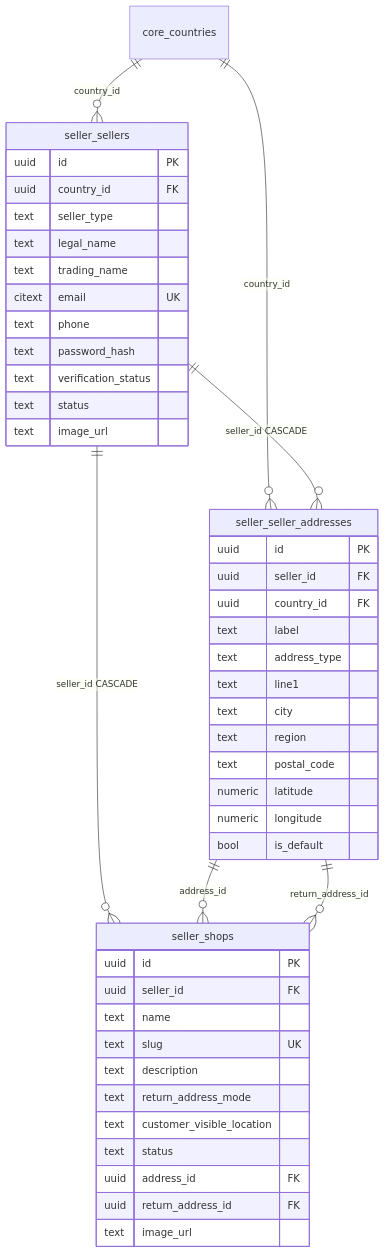
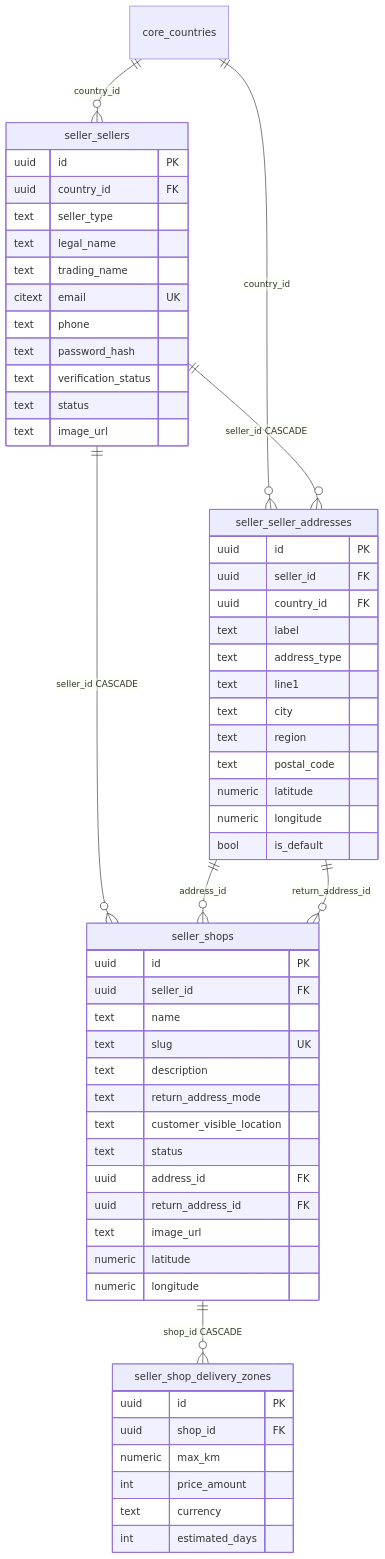
Before and after one commit to softdevglobal/send-agift-backend: the sixth of 12 diagrams in DATABASE_SCHEMA.md, drawn with Mermaid. The commit also changed other lines of this file and 25 other files, not shown here.

Commit message:
Update seller delivery and shipping flow

````diff
--- a/DATABASE_SCHEMA.md
+++ b/DATABASE_SCHEMA.md
@@ -453,50 +466,61 @@
 ```mermaid
 erDiagram
     core_countries ||--o{ seller_sellers : country_id
     core_countries ||--o{ seller_seller_addresses : country_id
     seller_sellers ||--o{ seller_seller_addresses : "seller_id CASCADE"
     seller_sellers ||--o{ seller_shops : "seller_id CASCADE"
     seller_seller_addresses ||--o{ seller_shops : address_id
     seller_seller_addresses ||--o{ seller_shops : return_address_id
+    seller_shops ||--o{ seller_shop_delivery_zones : "shop_id CASCADE"
 
     seller_sellers {
         uuid id PK
         uuid country_id FK
         text seller_type
         text legal_name
         text trading_name
         citext email UK
         text phone
         text password_hash
         text verification_status
         text status
         text image_url
     }
     seller_seller_addresses {
         uuid id PK
         uuid seller_id FK
         uuid country_id FK
         text label
         text address_type
         text line1
         text city
         text region
         text postal_code
         numeric latitude
         numeric longitude
         bool is_default
     }
     seller_shops {
         uuid id PK
         uuid seller_id FK
         text name
         text slug UK
         text description
         text return_address_mode
         text customer_visible_location
         text status
         uuid address_id FK
         uuid return_address_id FK
         text image_url
+        numeric latitude
+        numeric longitude
+    }
+    seller_shop_delivery_zones {
+        uuid id PK
+        uuid shop_id FK
+        numeric max_km
+        int price_amount
+        text currency
+        int estimated_days
     }
 ```
````
